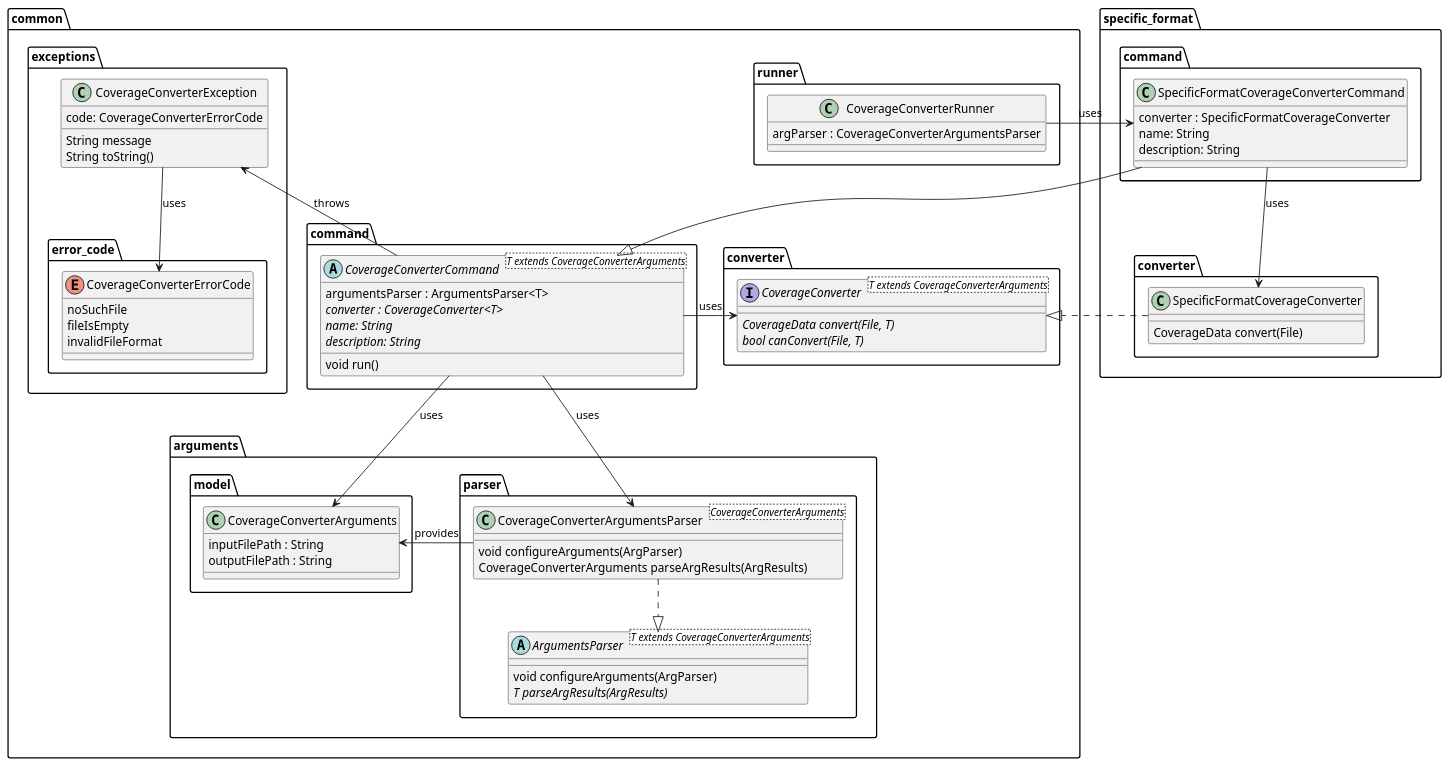
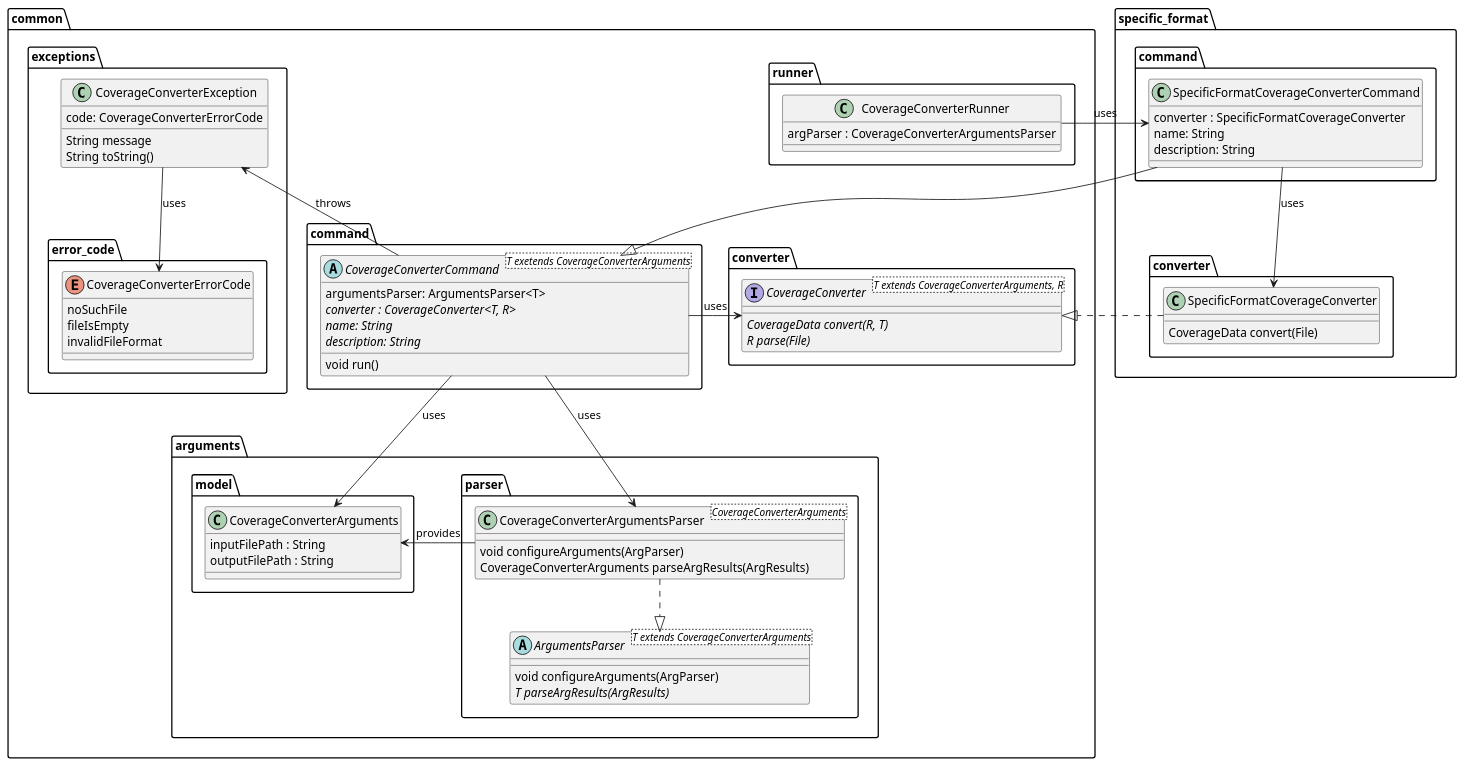
The diagram in metrics/coverage_converter/docs/diagrams/coverage_class_diagram.puml (Flank/flank-dashboard), drawn with PlantUML before and after one commit. The commit also changed 4 other files, not shown here.

```diff
--- a/metrics/coverage_converter/docs/diagrams/coverage_class_diagram.puml
+++ b/metrics/coverage_converter/docs/diagrams/coverage_class_diagram.puml
@@ -1,105 +1,105 @@
 @startuml coverage_class_diagram
 
 package common {
     package arguments {
         package model {
             class CoverageConverterArguments {
                 inputFilePath : String
                 outputFilePath : String
             }
         }
 
         package parser {
             class CoverageConverterArgumentsParser<CoverageConverterArguments> {
                 void configureArguments(ArgParser)
                 CoverageConverterArguments parseArgResults(ArgResults)
             }
             
             abstract ArgumentsParser<T extends CoverageConverterArguments> {
                 void configureArguments(ArgParser)
                 {abstract} T parseArgResults(ArgResults)
             }
         }
     }
 
 
     package command {
-        abstract CoverageConverterCommand<T extends CoverageConverterArguments> {
-            argumentsParser : ArgumentsParser<T>
-            {abstract} converter : CoverageConverter<T>
+        abstract CoverageConverterCommand<T exetends CoverageConverterArguments> {
+            argumentsParser: ArgumentsParser<T>
+            {abstract} converter : CoverageConverter<T, R>
             {abstract} name: String
             {abstract} description: String
             void run()
         }
     }
 
     package converter {
-        interface CoverageConverter<T extends CoverageConverterArguments> {
-            {abstract} CoverageData convert(File, T)
-            {abstract} bool canConvert(File, T)
+        interface CoverageConverter<T extends CoverageConverterArguments, R> {
+            {abstract} CoverageData convert(R, T)
+            {abstract} R parse(File)
         }
     }
 
 
     package runner {
         class CoverageConverterRunner {
             argParser : CoverageConverterArgumentsParser
         }
     }
 
     package exceptions {
         class CoverageConverterException{
             code: CoverageConverterErrorCode
             {method} String message
             String toString()
         }
 
 
         package error_code {
             enum CoverageConverterErrorCode {
                 noSuchFile
                 fileIsEmpty
                 invalidFileFormat
             }
         }
     }
 }
 
 package specific_format {
     package converter as specific_format.converter {
         class SpecificFormatCoverageConverter {
             CoverageData convert(File)
         }
     }
 
     package command as specific_format.command {
         class SpecificFormatCoverageConverterCommand {
             converter : SpecificFormatCoverageConverter
             name: String
             description: String
         }
     }
 }
 
 
 CoverageConverterRunner -right-> SpecificFormatCoverageConverterCommand : uses
 
 CoverageConverterArgumentsParser -left-> CoverageConverterArguments : provides
 CoverageConverterArgumentsParser ..|> ArgumentsParser
 
 
 SpecificFormatCoverageConverterCommand --> SpecificFormatCoverageConverter : uses
 SpecificFormatCoverageConverterCommand --|> CoverageConverterCommand
 
 SpecificFormatCoverageConverter .down.|> CoverageConverter
 
 CoverageConverterCommand --> CoverageConverterArguments : uses
 CoverageConverterCommand -left-> CoverageConverter : uses
 CoverageConverterCommand -up-> CoverageConverterException : throws
 CoverageConverterCommand --> CoverageConverterArgumentsParser : uses
 
 CoverageConverterException --> CoverageConverterErrorCode : uses
 
 
 
 @enduml
```
